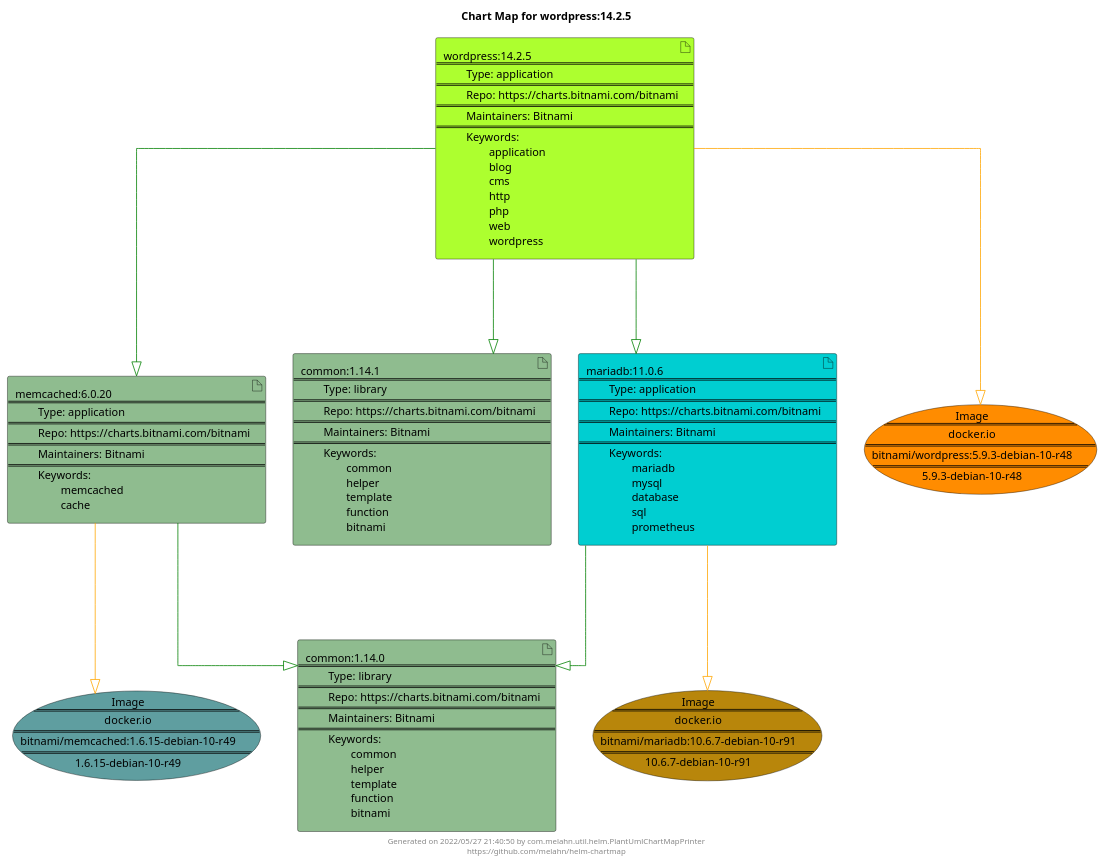
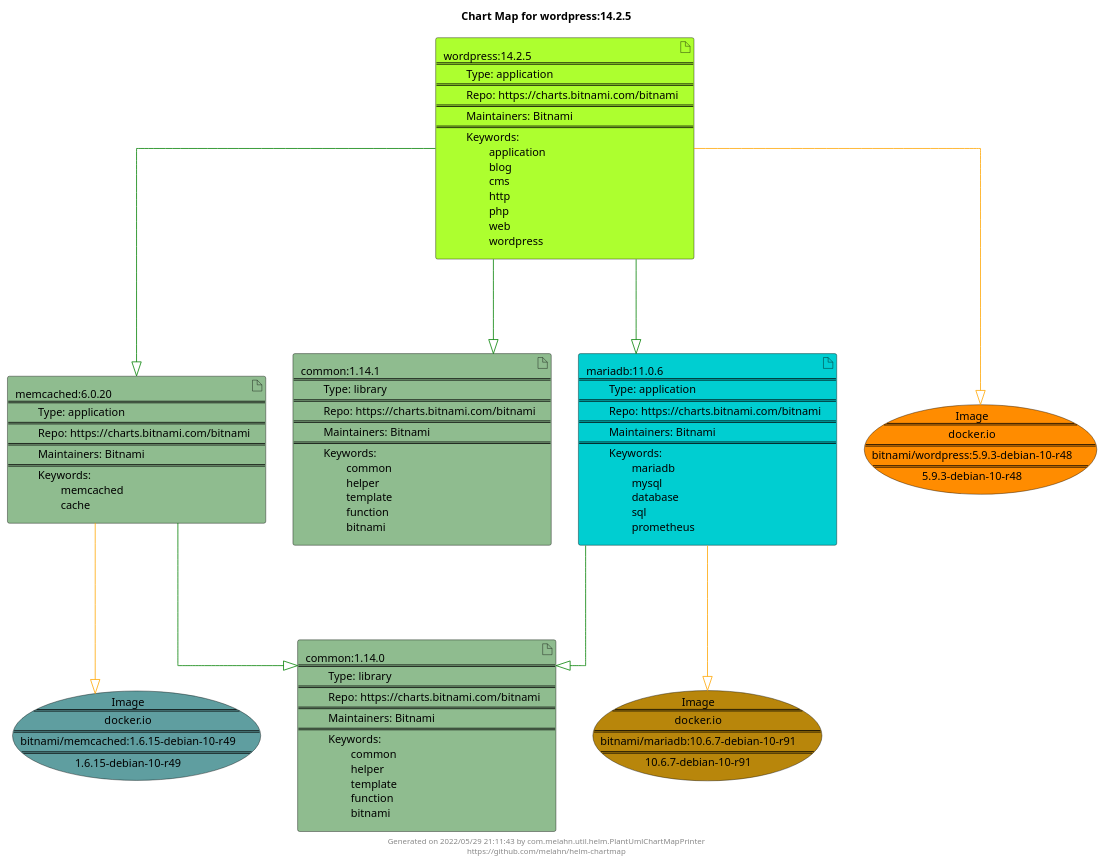
The diagram in docs/wordpress/wordpress-14.2.5.puml (melahn/helm-chartmap), drawn with PlantUML before and after one commit. The commit also changed 63 other files, not shown here.

Commit message:
Update Example Chart Maps as part of GitHub build

```diff
--- a/docs/wordpress/wordpress-14.2.5.puml
+++ b/docs/wordpress/wordpress-14.2.5.puml
@@ -1,34 +1,34 @@
 @startuml
 skinparam linetype ortho
 skinparam backgroundColor white
 skinparam usecaseBorderColor black
 skinparam usecaseArrowColor LightSlateGray
 skinparam artifactBorderColor black
 skinparam artifactArrowColor LightSlateGray
 
 title Chart Map for wordpress:14.2.5
 
 'There are 5 referenced Helm Charts
 artifact "memcached:6.0.20\n====\n\tType: application\n====\n\tRepo: https://charts.bitnami.com/bitnami\n====\n\tMaintainers: Bitnami\n====\n\tKeywords: \n\t\tmemcached\n\t\tcache" as memcached_6_0_20 #DarkSeaGreen
 artifact "common:1.14.0\n====\n\tType: library\n====\n\tRepo: https://charts.bitnami.com/bitnami\n====\n\tMaintainers: Bitnami\n====\n\tKeywords: \n\t\tcommon\n\t\thelper\n\t\ttemplate\n\t\tfunction\n\t\tbitnami" as common_1_14_0 #DarkSeaGreen
 artifact "wordpress:14.2.5\n====\n\tType: application\n====\n\tRepo: https://charts.bitnami.com/bitnami\n====\n\tMaintainers: Bitnami\n====\n\tKeywords: \n\t\tapplication\n\t\tblog\n\t\tcms\n\t\thttp\n\t\tphp\n\t\tweb\n\t\twordpress" as wordpress_14_2_5 #GreenYellow
 artifact "common:1.14.1\n====\n\tType: library\n====\n\tRepo: https://charts.bitnami.com/bitnami\n====\n\tMaintainers: Bitnami\n====\n\tKeywords: \n\t\tcommon\n\t\thelper\n\t\ttemplate\n\t\tfunction\n\t\tbitnami" as common_1_14_1 #DarkSeaGreen
 artifact "mariadb:11.0.6\n====\n\tType: application\n====\n\tRepo: https://charts.bitnami.com/bitnami\n====\n\tMaintainers: Bitnami\n====\n\tKeywords: \n\t\tmariadb\n\t\tmysql\n\t\tdatabase\n\t\tsql\n\t\tprometheus" as mariadb_11_0_6 #DarkTurquoise
 
 'There are 3 referenced Docker Images
 usecase "Image\n====\ndocker.io\n====\nbitnami/mariadb:10.6.7-debian-10-r91\n====\n10.6.7-debian-10-r91" as docker_io_bitnami_mariadb_10_6_7_debian_10_r91 #DarkGoldenRod
 usecase "Image\n====\ndocker.io\n====\nbitnami/wordpress:5.9.3-debian-10-r48\n====\n5.9.3-debian-10-r48" as docker_io_bitnami_wordpress_5_9_3_debian_10_r48 #Darkorange
 usecase "Image\n====\ndocker.io\n====\nbitnami/memcached:1.6.15-debian-10-r49\n====\n1.6.15-debian-10-r49" as docker_io_bitnami_memcached_1_6_15_debian_10_r49 #CadetBlue
 
 'Chart Dependencies
-wordpress_14_2_5--[#green]-|>common_1_14_1
 wordpress_14_2_5--[#green]-|>mariadb_11_0_6
 mariadb_11_0_6--[#green]-|>common_1_14_0
+wordpress_14_2_5--[#green]-|>common_1_14_1
 wordpress_14_2_5--[#green]-|>memcached_6_0_20
 memcached_6_0_20--[#green]-|>common_1_14_0
 memcached_6_0_20--[#orange]-|>docker_io_bitnami_memcached_1_6_15_debian_10_r49
 wordpress_14_2_5--[#orange]-|>docker_io_bitnami_wordpress_5_9_3_debian_10_r48
 mariadb_11_0_6--[#orange]-|>docker_io_bitnami_mariadb_10_6_7_debian_10_r91
 
-center footer Generated on 2022/05/27 21:40:50 by com.melahn.util.helm.PlantUmlChartMapPrinter\nhttps://github.com/melahn/helm-chartmap
+center footer Generated on 2022/05/29 21:11:43 by com.melahn.util.helm.PlantUmlChartMapPrinter\nhttps://github.com/melahn/helm-chartmap
 @enduml
```
